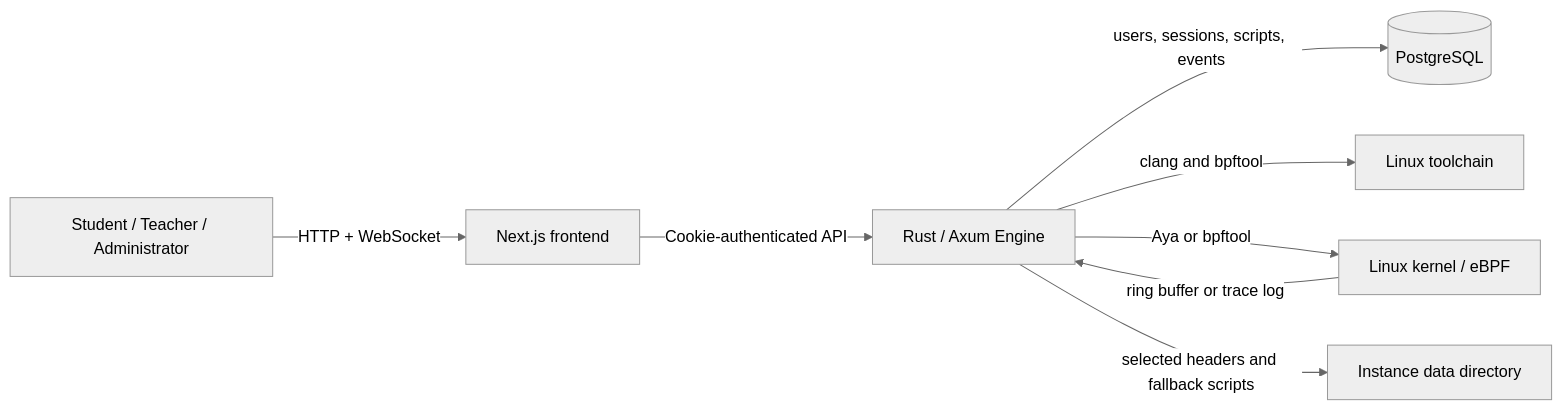
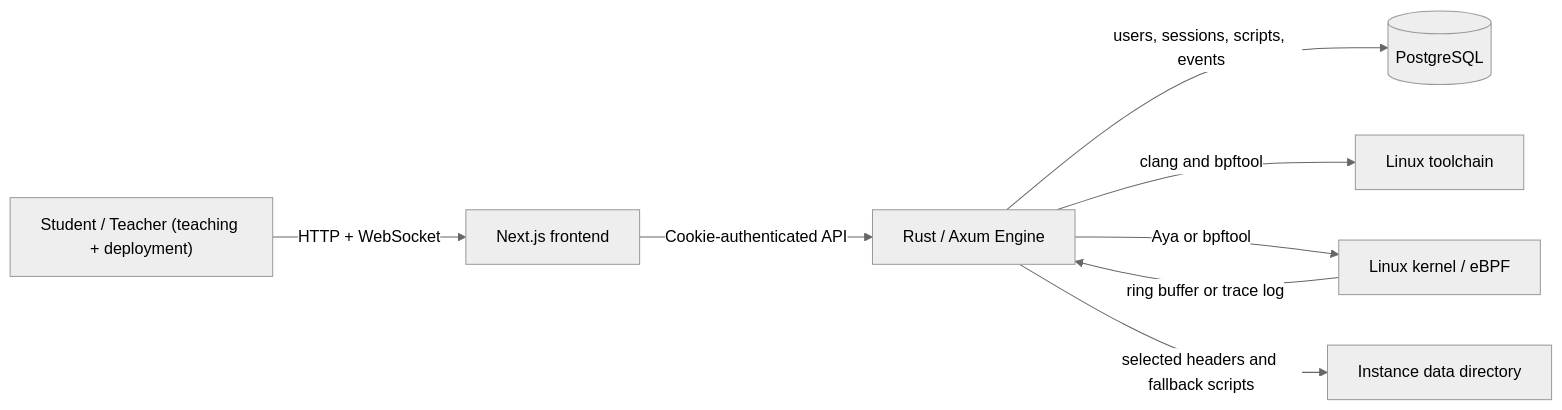
Before and after one commit to Team-silvortex/cyanrex-lab: the first of 4 diagrams in docs/en/architecture.md, drawn with Mermaid (neutral theme). The commit also changed other lines of this file and 101 other files, not shown here.

````diff
--- a/docs/en/architecture.md
+++ b/docs/en/architecture.md
@@ -9,10 +9,10 @@
 ```mermaid
 flowchart LR
-    U["Student / Teacher / Administrator"] -->|HTTP + WebSocket| F["Next.js frontend"]
+    U["Student / Teacher (teaching + deployment)"] -->|HTTP + WebSocket| F["Next.js frontend"]
     F -->|Cookie-authenticated API| E["Rust / Axum Engine"]
     E -->|users, sessions, scripts, events| P[(PostgreSQL)]
     E -->|clang and bpftool| T["Linux toolchain"]
     E -->|Aya or bpftool| K["Linux kernel / eBPF"]
     K -->|ring buffer or trace log| E
     E -->|selected headers and fallback scripts| D["Instance data directory"]
 ```
````
